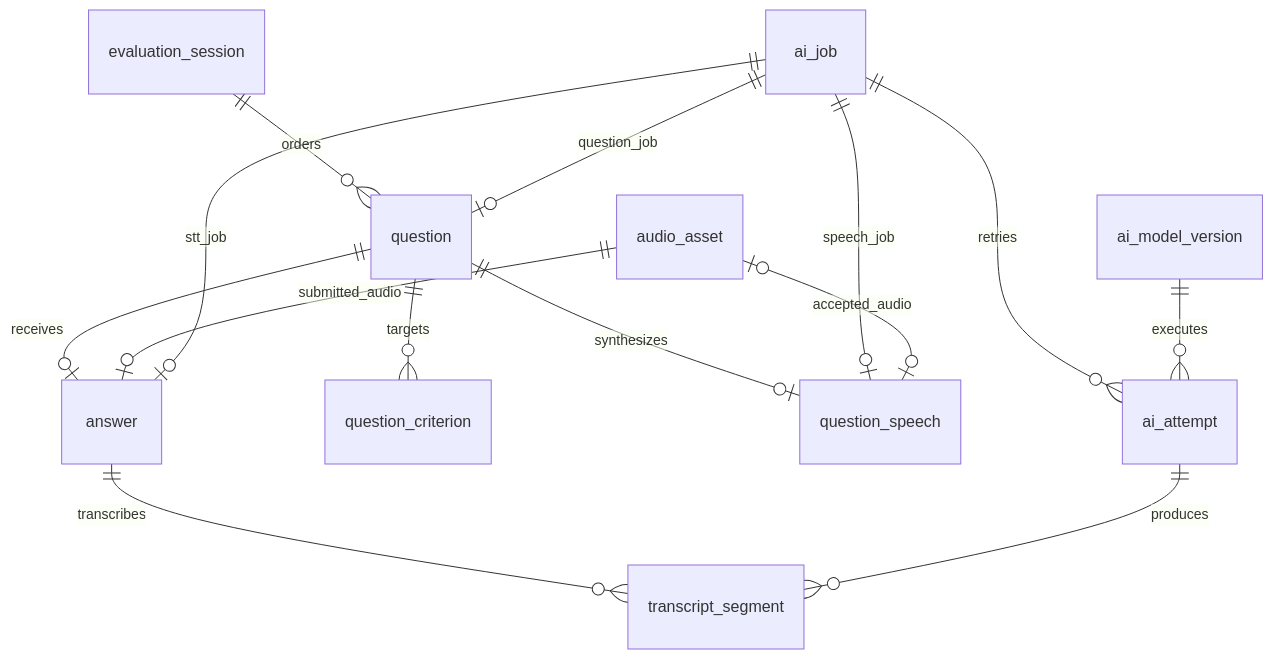
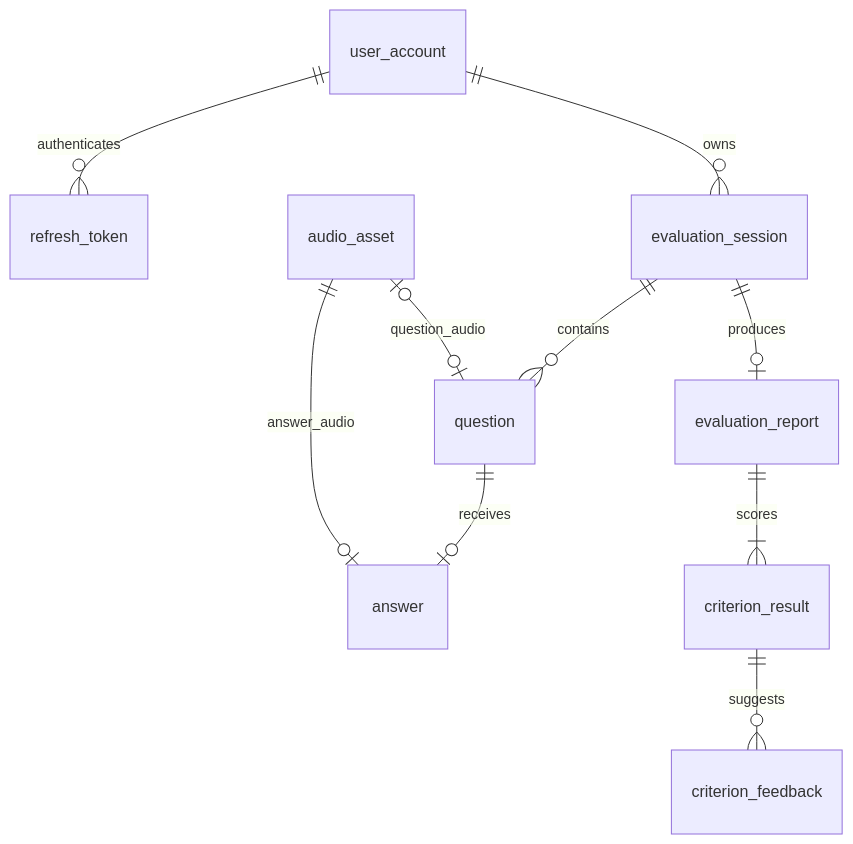
Before and after one commit to jspark-avatye/avatype-WEEK0: the diagram in docs/engineering/erd.md, drawn with Mermaid. The commit also changed other lines of this file and 11 other files, not shown here.

````diff
--- a/docs/engineering/erd.md
+++ b/docs/engineering/erd.md
@@ -101,16 +9,12 @@
 ```mermaid
 erDiagram
-    ai_job ||--o{ ai_attempt : retries
-    ai_model_version ||--o{ ai_attempt : executes
-    evaluation_session ||--o{ question : orders
-    ai_job ||--o| question : question_job
-    question ||--o{ question_criterion : targets
-    question ||--o| question_speech : synthesizes
-    ai_job ||--o| question_speech : speech_job
-    audio_asset o|--o| question_speech : accepted_audio
+    user_account ||--o{ refresh_token : authenticates
+    user_account ||--o{ evaluation_session : owns
+    evaluation_session ||--o{ question : contains
     question ||--o| answer : receives
-    audio_asset ||--o| answer : submitted_audio
-    ai_job ||--o| answer : stt_job
-    answer ||--o{ transcript_segment : transcribes
-    ai_attempt ||--o{ transcript_segment : produces
+    audio_asset o|--o| question : question_audio
+    audio_asset ||--o| answer : answer_audio
+    evaluation_session ||--o| evaluation_report : produces
+    evaluation_report ||--|{ criterion_result : scores
+    criterion_result ||--o{ criterion_feedback : suggests
 ```
````
